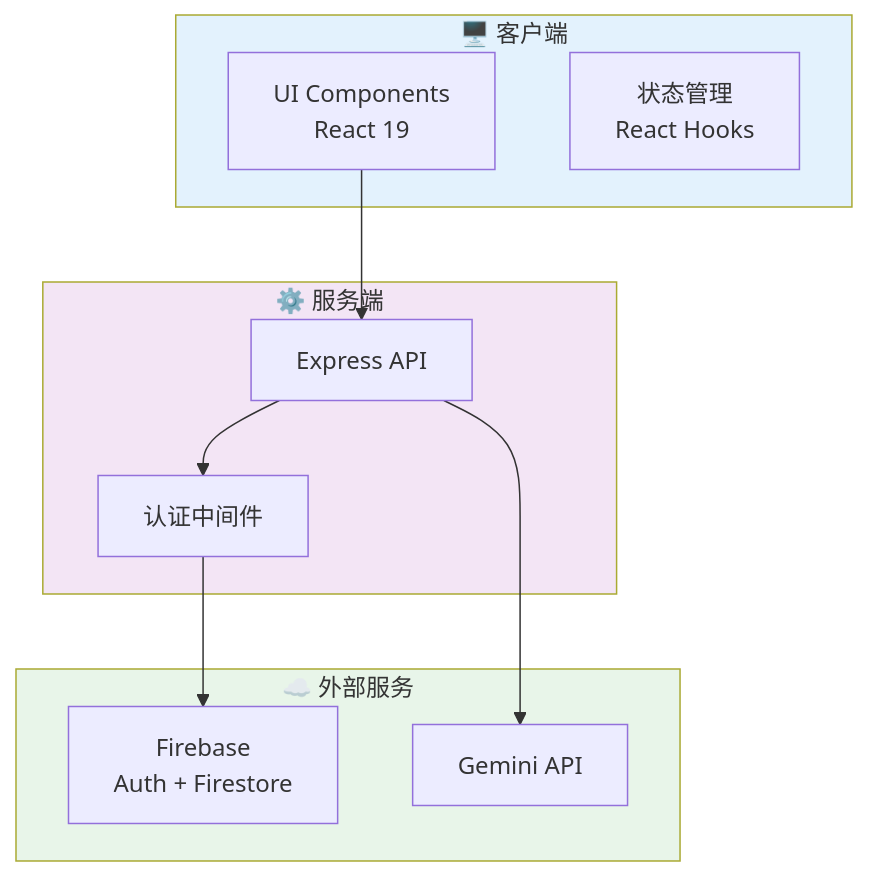
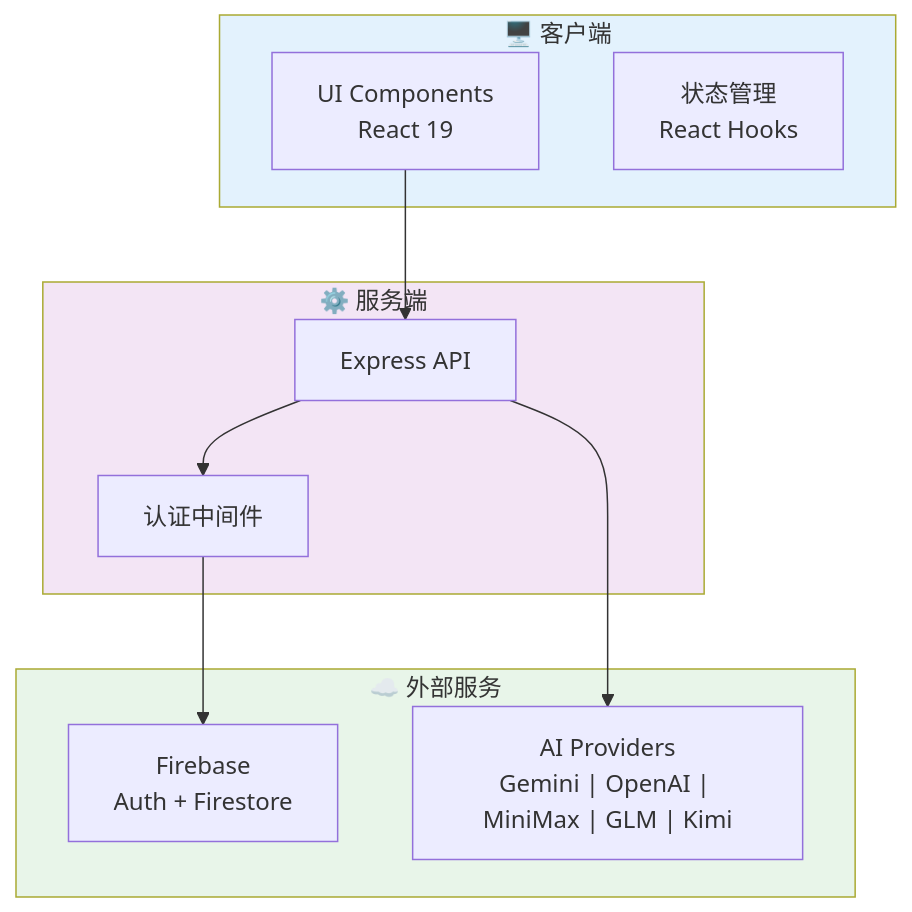
One commit to JesstLe/OpenSynapse changed the first of 3 diagrams in README.md. Above: the diagram before and after it, drawn with Mermaid. The commit also changed other lines of this file and 2 other files, not shown here.

````diff
--- a/README.md
+++ b/README.md
@@ -264,24 +291,24 @@
 ```mermaid
 flowchart TB
     subgraph Client["🖥️ 客户端"]
         UI["UI Components<br/>React 19"]
         State["状态管理<br/>React Hooks"]
     end
     
     subgraph Server["⚙️ 服务端"]
         API["Express API"]
         Auth["认证中间件"]
     end
     
     subgraph Services["☁️ 外部服务"]
         FB["Firebase<br/>Auth + Firestore"]
-        Gemini["Gemini API"]
+        AI["AI Providers<br/>Gemini | OpenAI | MiniMax | GLM | Kimi"]
     end
     
     UI --> API --> Auth --> FB
-    API --> Gemini
+    API --> AI
     
     style Client fill:#e3f2fd
     style Server fill:#f3e5f5
     style Services fill:#e8f5e9
 ```
````
